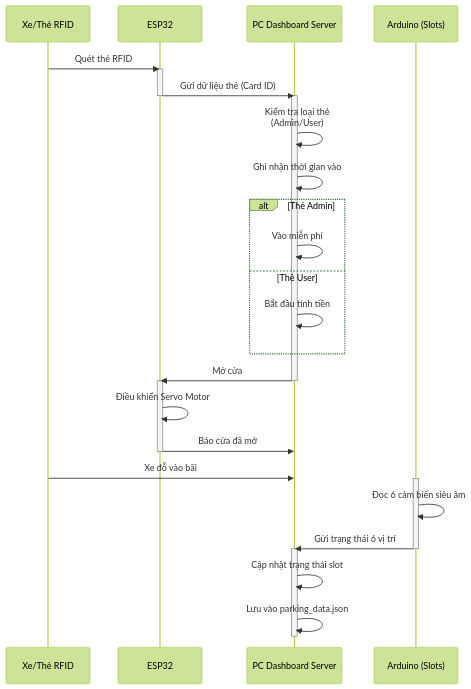
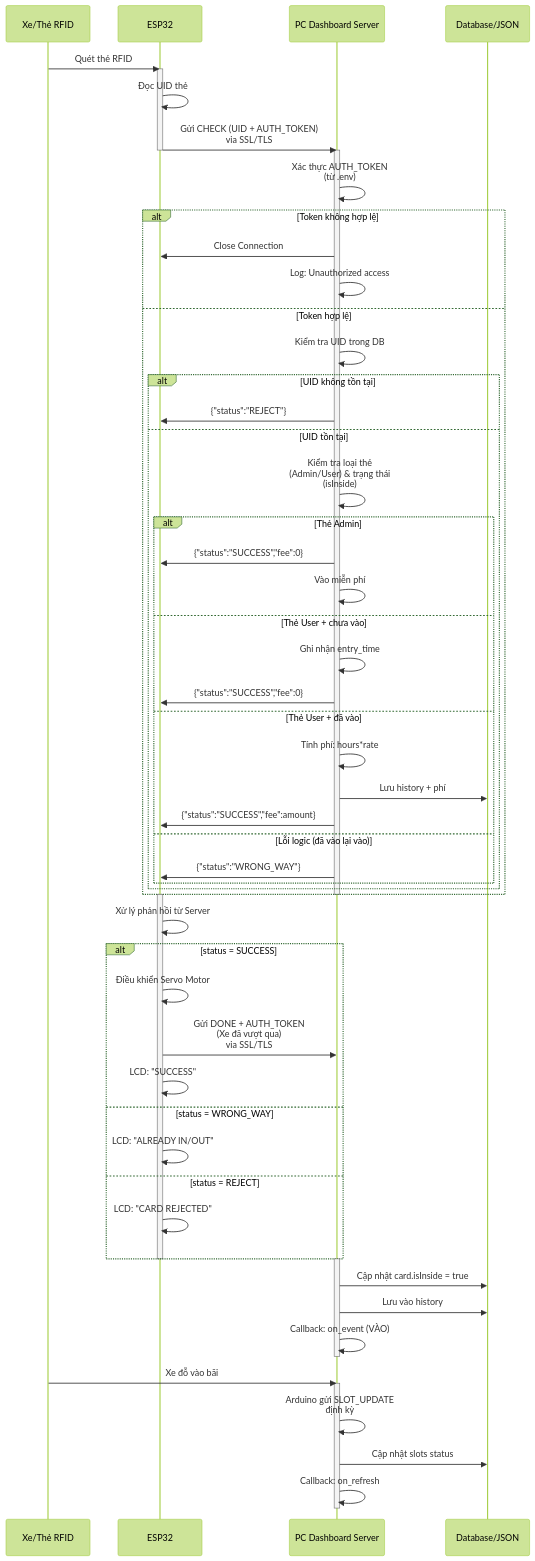
Before and after one commit to CuongHayHo/He-Thong-Bai-Xe: the third of 9 diagrams in flow.md, drawn with Mermaid (forest theme). The commit also changed other lines of this file and 1 other file, not shown here.

Commit message:
feat: implement SSL/TLS authentication and update system architecture documentation

````diff
--- a/flow.md
+++ b/flow.md
@@ -36,40 +118,69 @@
 ```mermaid
 sequenceDiagram
     participant Xe as Xe/Thẻ RFID
     participant ESP32
     participant Server as PC Dashboard Server
-    participant Arduino as Arduino (Slots)
+    participant DB as Database/JSON
 
     Xe->>ESP32: Quét thẻ RFID
     activate ESP32
-    ESP32->>Server: Gửi dữ liệu thẻ (Card ID)
+    ESP32->>ESP32: Đọc UID thẻ
+    ESP32->>Server: Gửi CHECK (UID + AUTH_TOKEN)<br/>via SSL/TLS
     deactivate ESP32
     
     activate Server
-    Server->>Server: Kiểm tra loại thẻ<br/>(Admin/User)
-    Server->>Server: Ghi nhận thời gian vào
-    alt Thẻ Admin
-        Server->>Server: Vào miễn phí
-    else Thẻ User
-        Server->>Server: Bắt đầu tính tiền
+    Server->>Server: Xác thực AUTH_TOKEN<br/>(từ .env)
+    
+    alt Token không hợp lệ
+        Server->>ESP32: Close Connection
+        Server->>Server: Log: Unauthorized access
+    else Token hợp lệ
+        Server->>Server: Kiểm tra UID trong DB
+        alt UID không tồn tại
+            Server->>ESP32: {"status":"REJECT"}
+        else UID tồn tại
+            Server->>Server: Kiểm tra loại thẻ<br/>(Admin/User) & trạng thái<br/>(isInside)
+            alt Thẻ Admin
+                Server->>ESP32: {"status":"SUCCESS","fee":0}
+                Server->>Server: Vào miễn phí
+            else Thẻ User + chưa vào
+                Server->>Server: Ghi nhận entry_time
+                Server->>ESP32: {"status":"SUCCESS","fee":0}
+            else Thẻ User + đã vào
+                Server->>Server: Tính phí: hours*rate
+                Server->>DB: Lưu history + phí
+                Server->>ESP32: {"status":"SUCCESS","fee":amount}
+            else Lỗi logic (đã vào lại vào)
+                Server->>ESP32: {"status":"WRONG_WAY"}
+            end
+        end
     end
-    Server->>ESP32: Mở cửa
     deactivate Server
     
     activate ESP32
-    ESP32->>ESP32: Điều khiển Servo Motor
-    ESP32->>Server: Báo cửa đã mở
+    ESP32->>ESP32: Xử lý phản hồi từ Server
+    alt status = SUCCESS
+        ESP32->>ESP32: Điều khiển Servo Motor
+        ESP32->>Server: Gửi DONE + AUTH_TOKEN<br/>(Xe đã vượt qua)<br/>via SSL/TLS
+        ESP32->>ESP32: LCD: "SUCCESS"
+    else status = WRONG_WAY
+        ESP32->>ESP32: LCD: "ALREADY IN/OUT"
+    else status = REJECT
+        ESP32->>ESP32: LCD: "CARD REJECTED"
+    end
     deactivate ESP32
+    
+    activate Server
+    Server->>DB: Cập nhật card.isInside = true
+    Server->>DB: Lưu vào history
+    Server->>Server: Callback: on_event (VÀO)
+    deactivate Server
     
     Xe->>Server: Xe đỗ vào bãi
     
-    activate Arduino
-    Arduino->>Arduino: Đọc 6 cảm biến siêu âm
-    Arduino->>Server: Gửi trạng thái 6 vị trí
-    deactivate Arduino
-    
     activate Server
-    Server->>Server: Cập nhật trạng thái slot
-    Server->>Server: Lưu vào parking_data.json
+    Server->>Server: Arduino gửi SLOT_UPDATE<br/>định kỳ
+    Server->>DB: Cập nhật slots status
+    Server->>Server: Callback: on_refresh
     deactivate Server
 ```
````
